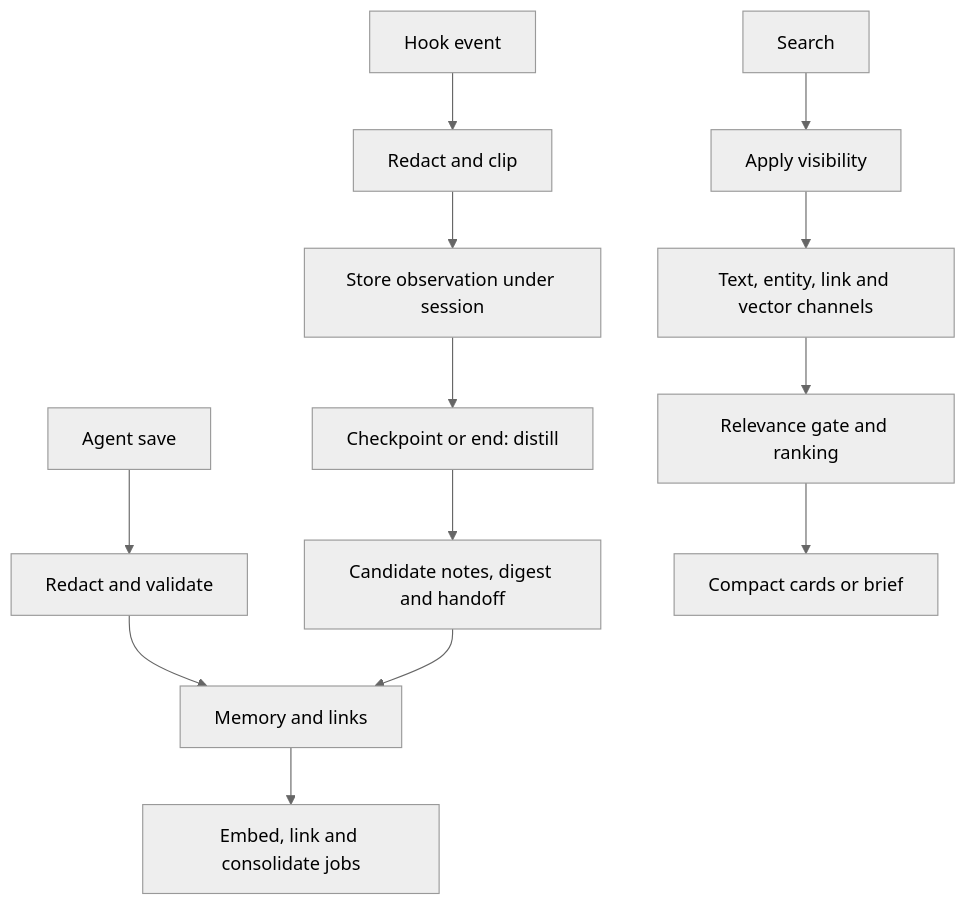
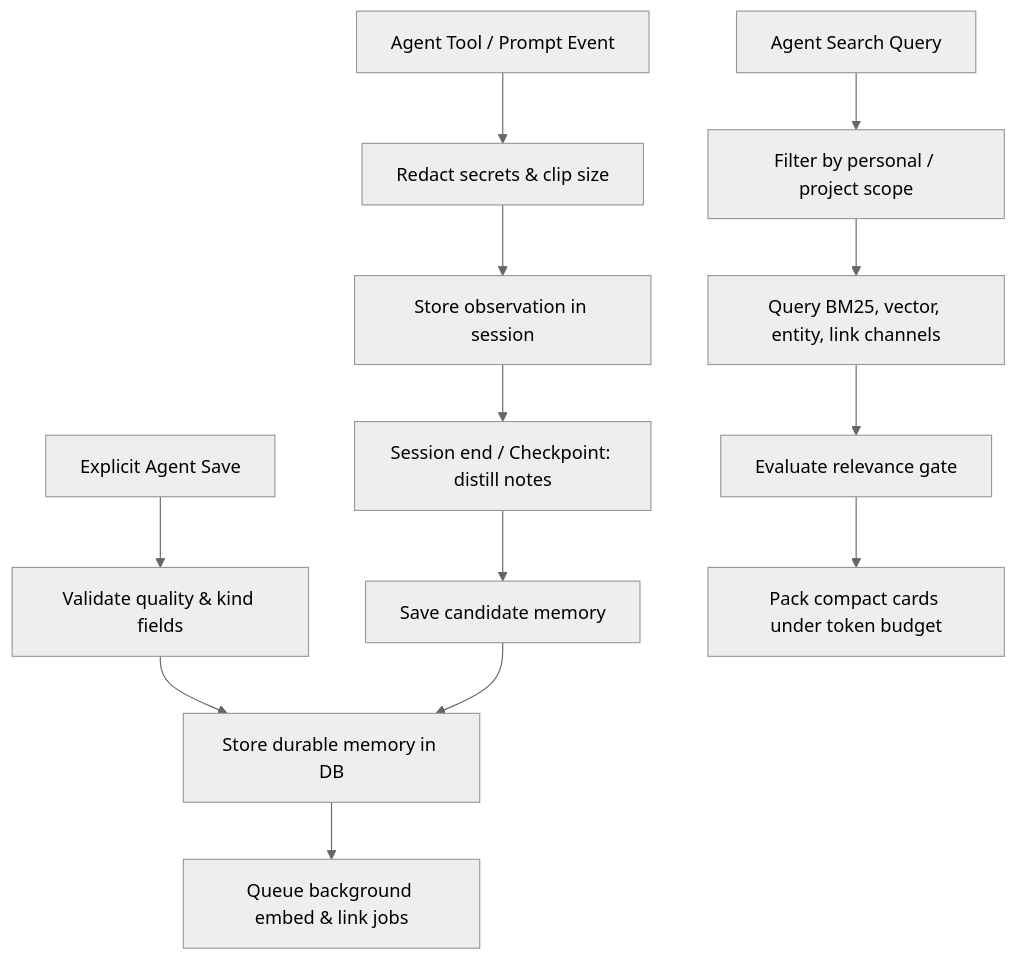
The second of 2 diagrams in apps/docs/content/technical/index.mdx (cunilab/cairn-memory), drawn with Mermaid (neutral theme) before and after one commit. The commit also changed other lines of this file and 52 other files, not shown here.

````diff
--- a/apps/docs/content/technical/index.mdx
+++ b/apps/docs/content/technical/index.mdx
@@ -44,15 +46,15 @@
 ```mermaid
 flowchart TD
-    Event[Hook event] --> Redact[Redact and clip]
-    Redact --> Observe[Store observation under session]
-    Observe --> Distill[Checkpoint or end: distill]
-    Distill --> Notes[Candidate notes, digest and handoff]
-    Save[Agent save] --> Validate[Redact and validate]
-    Validate --> Memory[Memory and links]
-    Notes --> Memory
-    Memory --> Jobs[Embed, link and consolidate jobs]
-    Query[Search] --> Visibility[Apply visibility]
-    Visibility --> Channels[Text, entity, link and vector channels]
-    Channels --> Gate[Relevance gate and ranking]
-    Gate --> Results[Compact cards or brief]
+  Event[Agent Tool / Prompt Event] --> Redact[Redact secrets & clip size]
+  Redact --> Observe[Store observation in session]
+  Observe --> Distill[Session end / Checkpoint: distill notes]
+  Distill --> Candidate[Save candidate memory]
+  AgentSave[Explicit Agent Save] --> Validate[Validate quality & kind fields]
+  Validate --> Memory[Store durable memory in DB]
+  Candidate --> Memory
+  Memory --> Jobs[Queue background embed & link jobs]
+  Query[Agent Search Query] --> Visibility[Filter by personal / project scope]
+  Visibility --> Channels[Query BM25, vector, entity, link channels]
+  Channels --> Gate[Evaluate relevance gate]
+  Gate --> Results[Pack compact cards under token budget]
 ```
````
